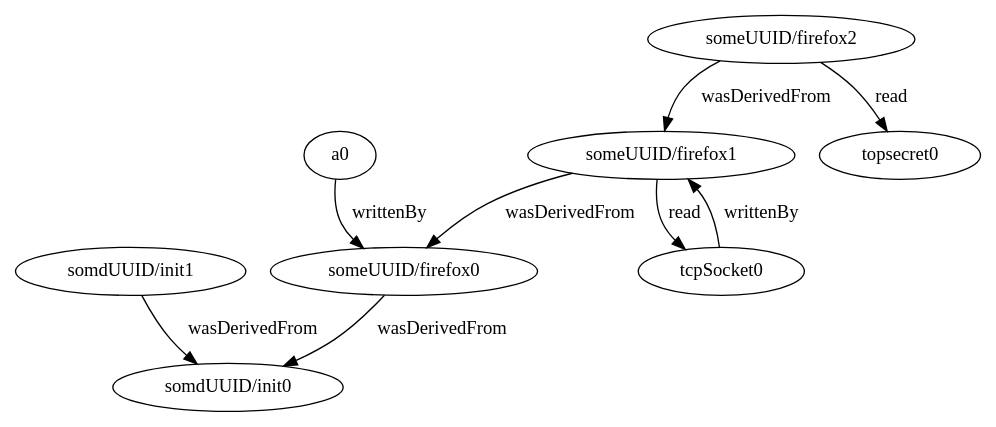
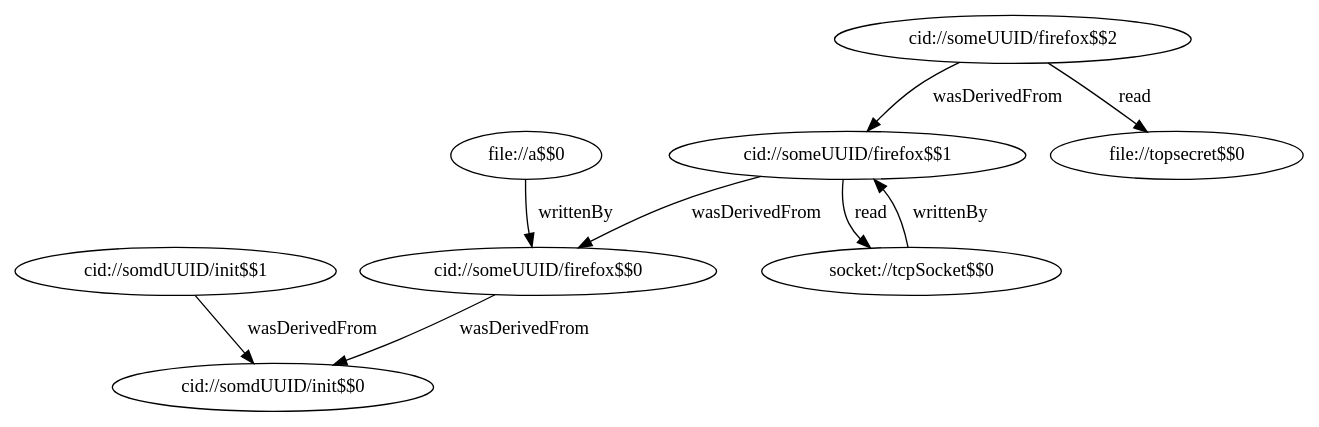
One commit to GaloisInc/adapt changed the diagram in future/example.dot. Above: the diagram before and after it, drawn with Graphviz. The commit also changed 6 other files, not shown here.

```diff
--- a/future/example.dot
+++ b/future/example.dot
@@ -1,19 +1,19 @@
 digraph G {
-n0[label="someUUID/firefox0"];
-n1[label="somdUUID/init0"];
+n0[label="cid://someUUID/firefox$$0"];
+n1[label="cid://somdUUID/init$$0"];
 n0 -> n1[label="wasDerivedFrom"];
-n2[label="somdUUID/init1"];
+n2[label="cid://somdUUID/init$$1"];
 n2 -> n1[label="wasDerivedFrom"];
-n3[label="a0"];
+n3[label="file://a$$0"];
 n3 -> n0[label="writtenBy"];
-n4[label="someUUID/firefox1"];
+n4[label="cid://someUUID/firefox$$1"];
 n4 -> n0[label="wasDerivedFrom"];
-n5[label="tcpSocket0"];
+n5[label="socket://tcpSocket$$0"];
 n4 -> n5[label="read"];
 n5 -> n4[label="writtenBy"];
-n6[label="someUUID/firefox2"];
+n6[label="cid://someUUID/firefox$$2"];
 n6 -> n4[label="wasDerivedFrom"];
-n7[label="topsecret0"];
+n7[label="file://topsecret$$0"];
 n6 -> n7[label="read"];
 
 }
```
